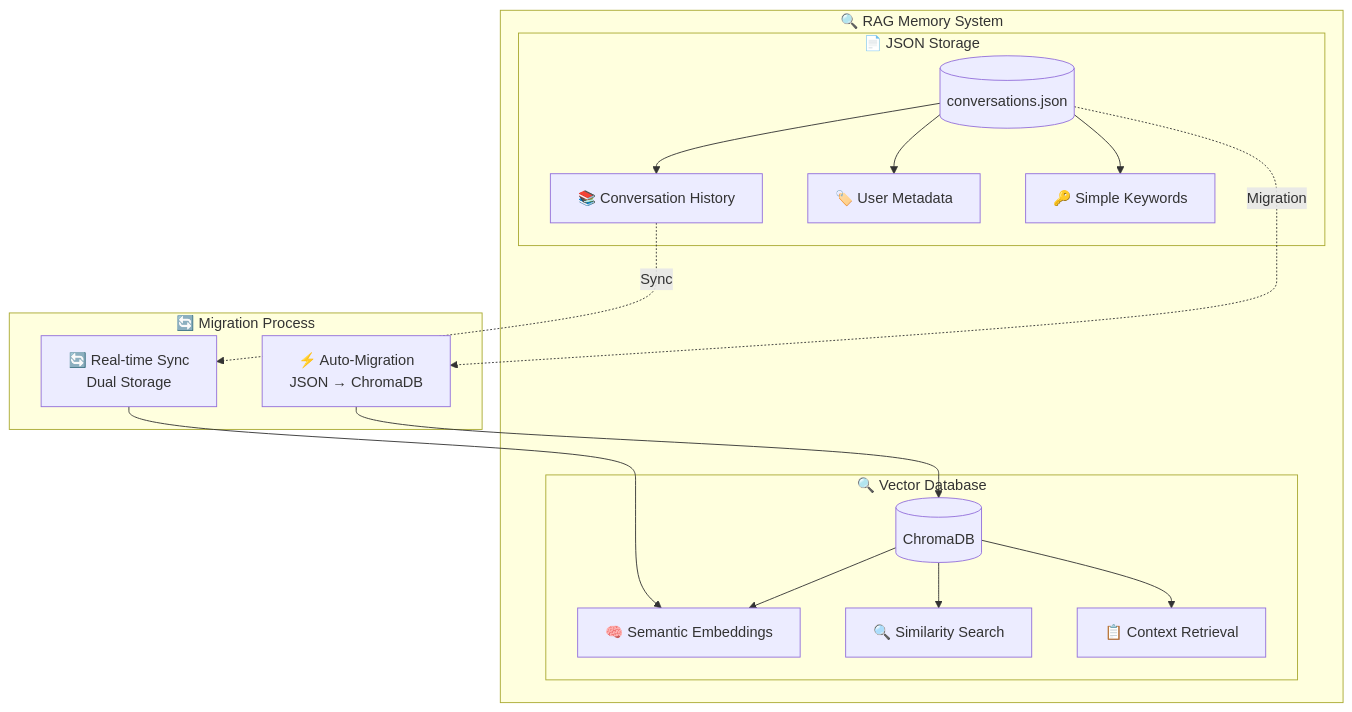
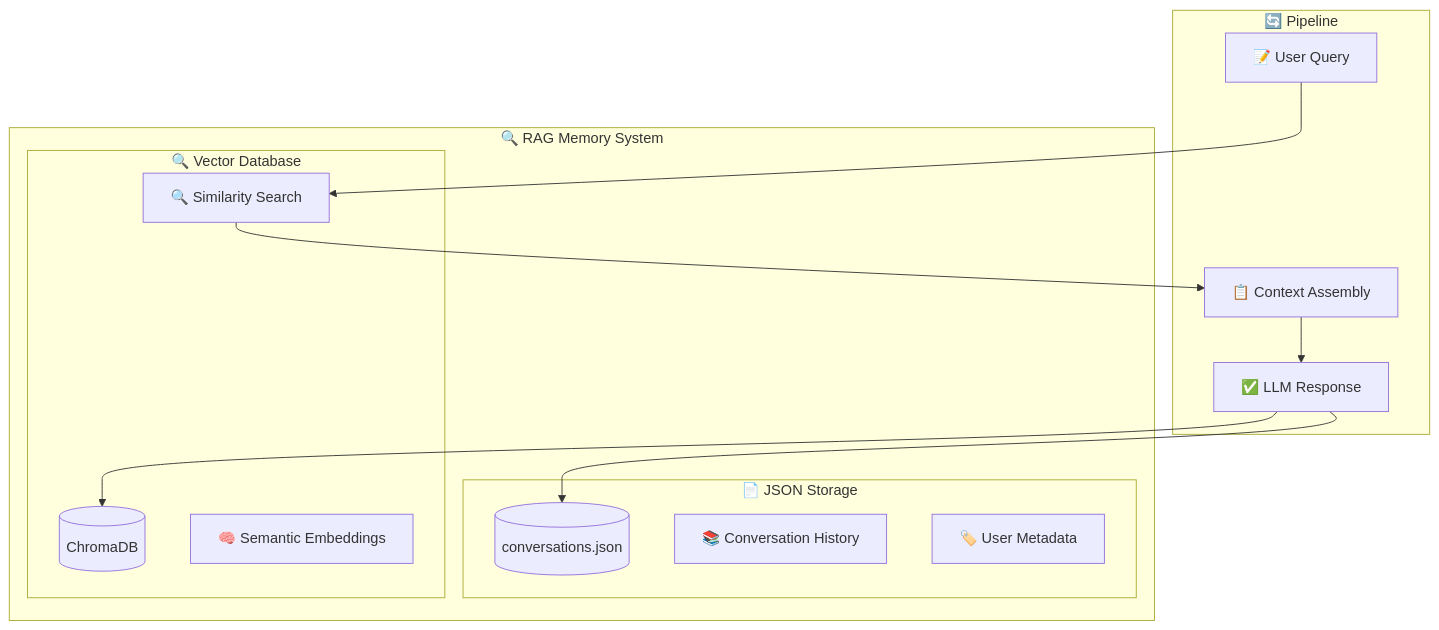
The second of 2 diagrams in ARCHITECTURE.md (Teay2026/Robot-Companion-Dynami), drawn with Mermaid before and after one commit. The commit also changed other lines of this file, not shown here.

````diff
--- a/ARCHITECTURE.md
+++ b/ARCHITECTURE.md
@@ -121,36 +46,28 @@
 ```mermaid
 graph TB
     subgraph "🔍 RAG Memory System"
         subgraph "📄 JSON Storage"
             JSON[(conversations.json)]
             HIST[📚 Conversation History]
             META[🏷️ User Metadata]
-            KEYWORDS[🔑 Simple Keywords]
-
-            JSON --> HIST
-            JSON --> META
-            JSON --> KEYWORDS
         end
 
         subgraph "🔍 Vector Database"
             CHROMA[(ChromaDB)]
             EMBED[🧠 Semantic Embeddings]
             SEARCH[🔍 Similarity Search]
-            CONTEXT[📋 Context Retrieval]
-
-            CHROMA --> EMBED
-            CHROMA --> SEARCH
-            CHROMA --> CONTEXT
         end
     end
 
-    subgraph "🔄 Migration Process"
-        MIGRATE[⚡ Auto-Migration<br/>JSON → ChromaDB]
-        SYNC[🔄 Real-time Sync<br/>Dual Storage]
+    subgraph "🔄 Pipeline"
+        QUERY[📝 User Query]
+        CONTEXT[📋 Context Assembly]
+        RESPONSE[✅ LLM Response]
     end
 
-    JSON -.->|Migration| MIGRATE
-    MIGRATE --> CHROMA
-    HIST -.->|Sync| SYNC
-    SYNC --> EMBED
+    QUERY --> SEARCH
+    SEARCH --> CONTEXT
+    CONTEXT --> RESPONSE
+    RESPONSE --> JSON
+    RESPONSE --> CHROMA
 ```
````
